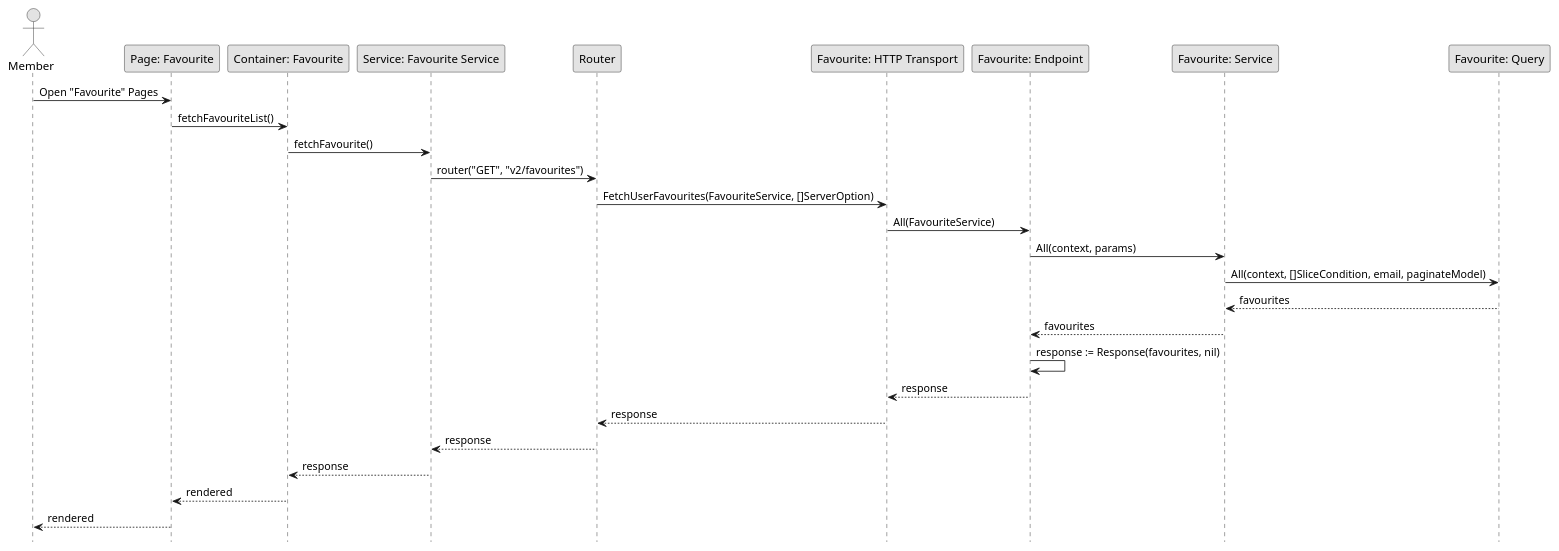
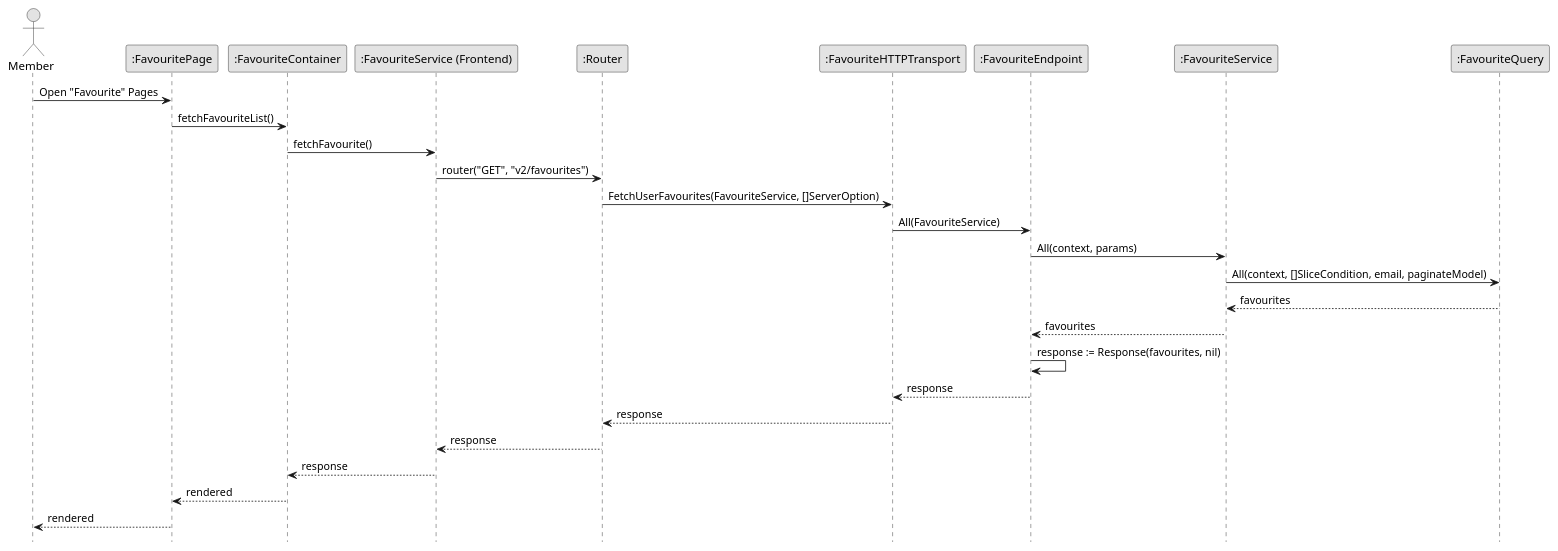
The diagram in Sequence/Release04/GetFavourite.wsd (fwidjaya20/fazzlearning-uml), drawn with PlantUML before and after one commit. The commit also changed 108 other files, not shown here.

Commit message:
fix(diagram): change participant format name (#30)

```diff
--- a/Sequence/Release04/GetFavourite.wsd
+++ b/Sequence/Release04/GetFavourite.wsd
@@ -1,35 +1,35 @@
 @startuml GetFavourite
 
 skinparam Monochrome true
 skinparam Shadowing false
 hide footbox
 
 actor Member
-participant "Page: Favourite" as FavouritePage
-participant "Container: Favourite" as FavouriteContainer
-participant "Service: Favourite Service" as FEFavouriteService
-participant "Router" as Router
-participant "Favourite: HTTP Transport" as FavouriteHTTPTransport
-participant "Favourite: Endpoint" as FavouriteEndpoint
-participant "Favourite: Service" as FavouriteService
-participant "Favourite: Query" as FavouriteQuery
+participant ":FavouritePage" as FavouritePage
+participant ":FavouriteContainer" as FavouriteContainer
+participant ":FavouriteService (Frontend)" as FEFavouriteService
+participant ":Router" as Router
+participant ":FavouriteHTTPTransport" as FavouriteHTTPTransport
+participant ":FavouriteEndpoint" as FavouriteEndpoint
+participant ":FavouriteService" as FavouriteService
+participant ":FavouriteQuery" as FavouriteQuery
 
 Member->FavouritePage: Open "Favourite" Pages
 FavouritePage->FavouriteContainer: fetchFavouriteList()
 FavouriteContainer->FEFavouriteService: fetchFavourite()
 FEFavouriteService->Router: router("GET", "v2/favourites")
 Router->FavouriteHTTPTransport: FetchUserFavourites(FavouriteService, []ServerOption)
 FavouriteHTTPTransport->FavouriteEndpoint: All(FavouriteService)
 FavouriteEndpoint->FavouriteService: All(context, params)
 FavouriteService->FavouriteQuery: All(context, []SliceCondition, email, paginateModel)
 FavouriteQuery-->FavouriteService: favourites
 FavouriteService-->FavouriteEndpoint: favourites
 FavouriteEndpoint->FavouriteEndpoint: response := Response(favourites, nil)
 FavouriteEndpoint-->FavouriteHTTPTransport: response
 FavouriteHTTPTransport-->Router: response
 Router-->FEFavouriteService: response
 FEFavouriteService-->FavouriteContainer: response
 FavouriteContainer-->FavouritePage: rendered
 FavouritePage-->Member: rendered
 
 @enduml
```
